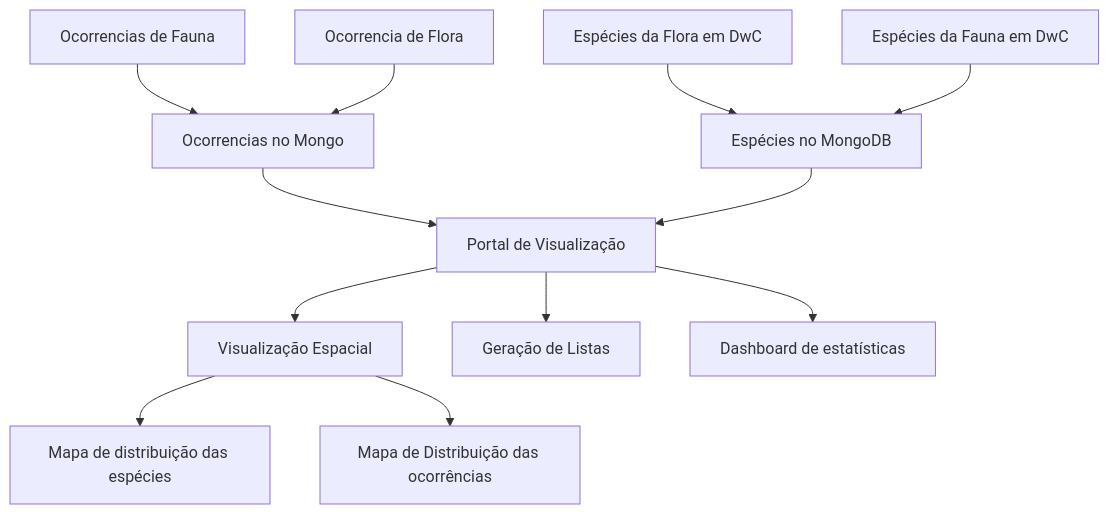
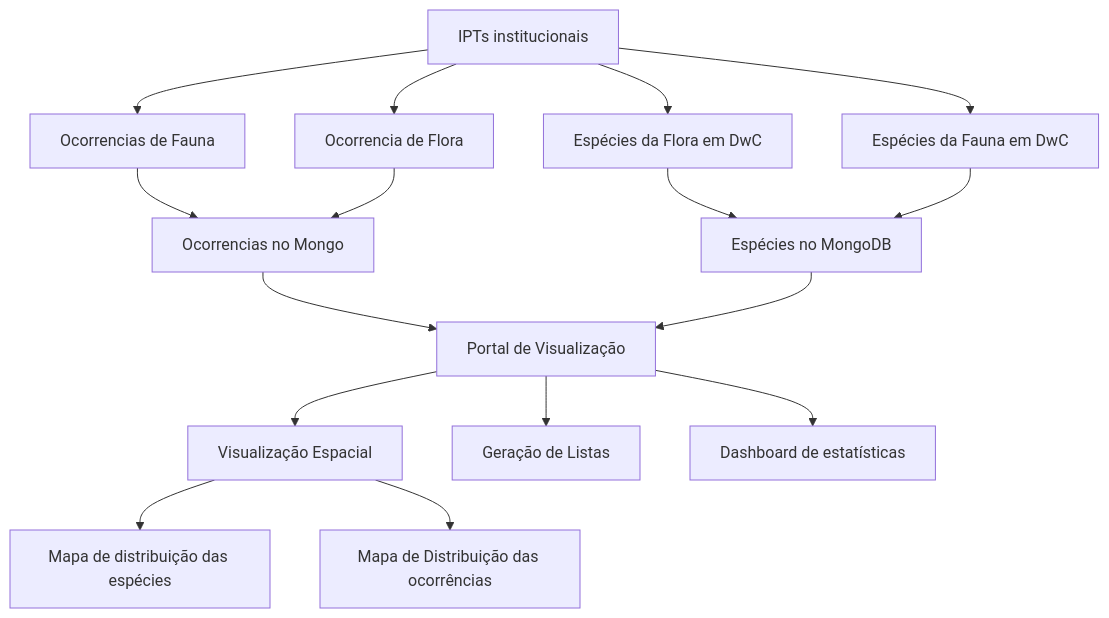
Before and after one commit to biopinda/Biodiversidade-Online: the diagram in README.md, drawn with Mermaid.

````diff
--- a/README.md
+++ b/README.md
@@ -11,16 +11,20 @@
 ```mermaid
 flowchart TD
+    0[IPTs institucionais] --> 1
+    0 --> 2
+    0 --> 3
+    0 --> 4
     1[Espécies da Flora em DwC] --> A[Espécies no MongoDB]
     2[Espécies da Fauna em DwC] --> A
     3[Ocorrencias de Fauna] --> B[Ocorrencias no Mongo]
     4[Ocorrencia de Flora] --> B
     B --> 5[Portal de Visualização]
     A --> 5
     5 --> 6[Visualização Espacial]
     5 --> 7[Geração de Listas]
     5 --> 8[Dashboard de estatísticas]
     6 --> 9[Mapa de distribuição das espécies]
     6 --> 10[Mapa de Distribuição das ocorrências]
 
 
 ```
````
